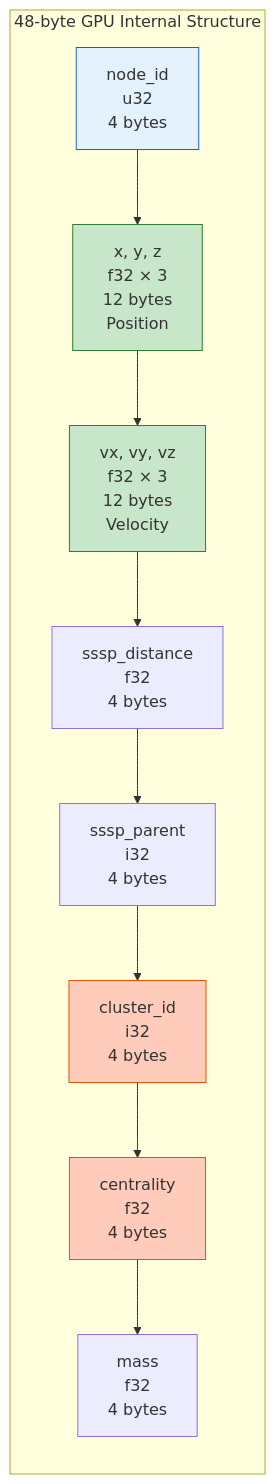
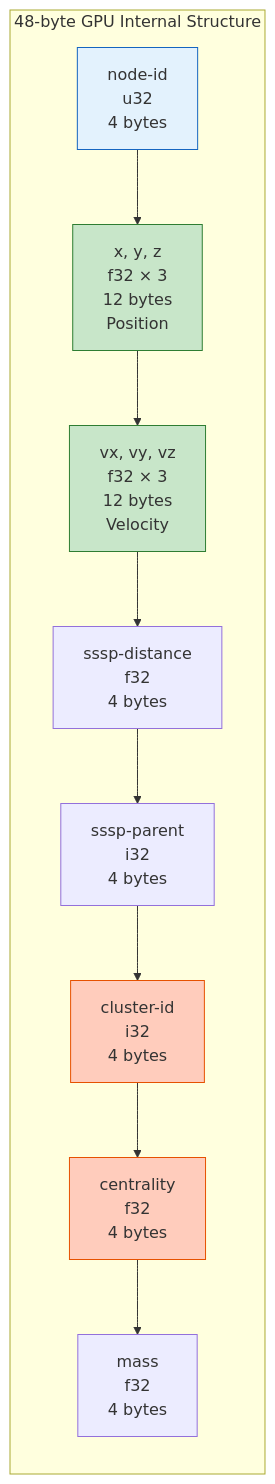
One commit to DreamLab-AI/VisionFlow changed the fourth of 11 diagrams in docs/concepts/architecture/core/server.md. Above: the diagram before and after it, drawn with Mermaid. The commit also changed other lines of this file and 184 other files, not shown here.

````diff
--- a/docs/concepts/architecture/core/server.md
+++ b/docs/concepts/architecture/core/server.md
@@ -264,21 +264,21 @@
 ```mermaid
 graph LR
     subgraph "48-byte GPU Internal Structure"
-        A["node_id<br/>u32<br/>4 bytes"]
+        A["node-id<br/>u32<br/>4 bytes"]
         B["x, y, z<br/>f32 × 3<br/>12 bytes<br/>Position"]
         C["vx, vy, vz<br/>f32 × 3<br/>12 bytes<br/>Velocity"]
-        D["sssp_distance<br/>f32<br/>4 bytes"]
-        E["sssp_parent<br/>i32<br/>4 bytes"]
-        F["cluster_id<br/>i32<br/>4 bytes"]
+        D["sssp-distance<br/>f32<br/>4 bytes"]
+        E["sssp-parent<br/>i32<br/>4 bytes"]
+        F["cluster-id<br/>i32<br/>4 bytes"]
         G["centrality<br/>f32<br/>4 bytes"]
         H["mass<br/>f32<br/>4 bytes"]
     end
 
     A --> B --> C --> D --> E --> F --> G --> H
 
     style A fill:#e3f2fd,stroke:#1565C0
     style B fill:#c8e6c9,stroke:#2E7D32
     style C fill:#c8e6c9,stroke:#2E7D32
     style F fill:#ffccbc,stroke:#E65100
     style G fill:#ffccbc,stroke:#E65100
 ```
````
